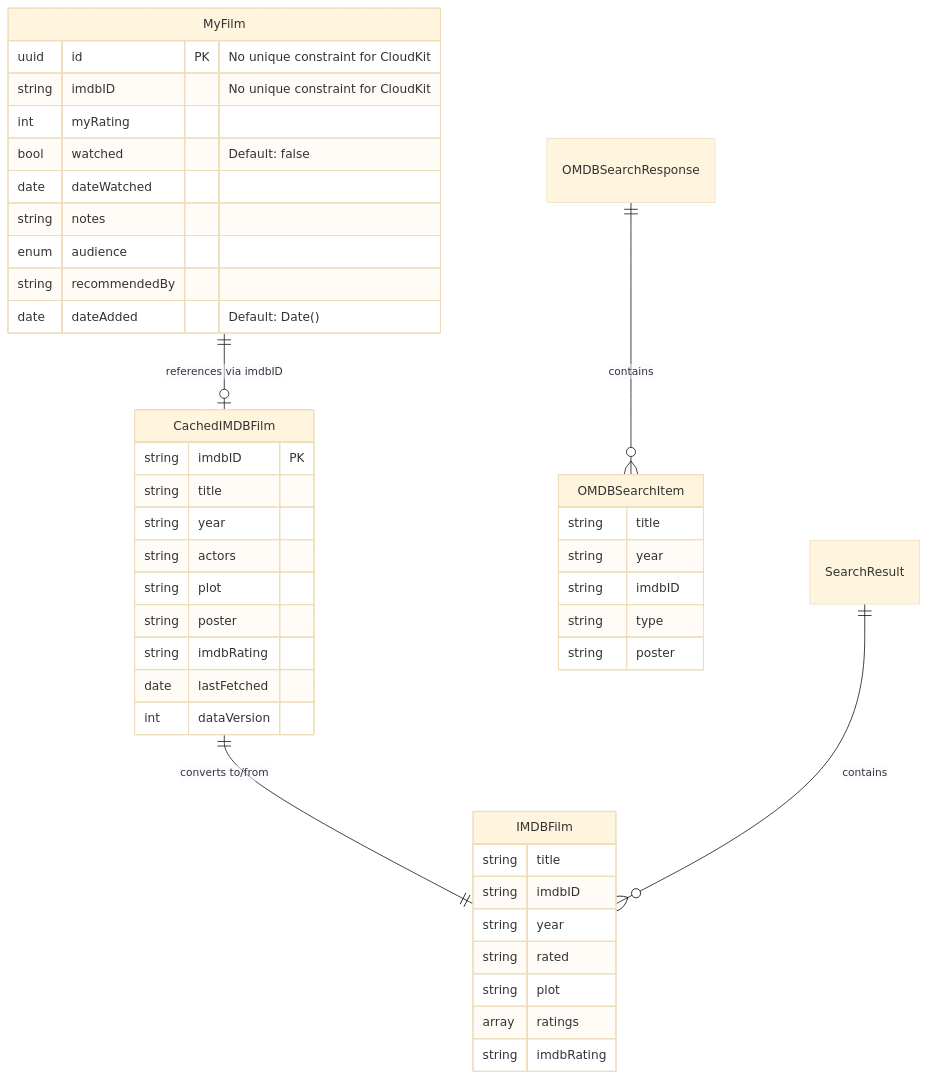
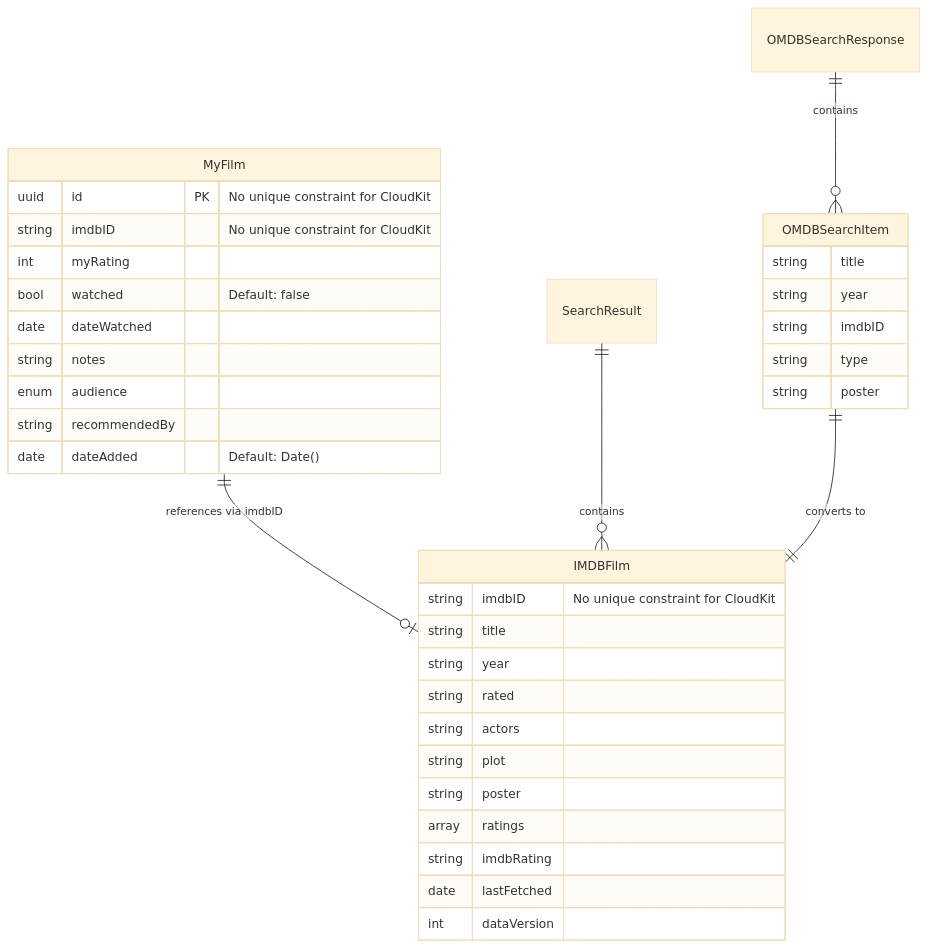
The fourth of 11 diagrams in docs/ARCHITECTURE.md (tillg/filmz2), drawn with Mermaid (base theme) before and after one commit. The commit also changed other lines of this file and 13 other files, not shown here.

First line of the commit message:
refactor: consolidate IMDBFilm and CachedIMDBFilm models

````diff
--- a/docs/ARCHITECTURE.md
+++ b/docs/ARCHITECTURE.md
@@ -166,49 +166,41 @@
 ```mermaid
 erDiagram
-    MyFilm ||--o| CachedIMDBFilm : "references via imdbID"
+    MyFilm ||--o| IMDBFilm : "references via imdbID"
     MyFilm {
         uuid id PK "No unique constraint for CloudKit"
         string imdbID "No unique constraint for CloudKit"
         int myRating
         bool watched "Default: false"
         date dateWatched
         string notes
         enum audience
         string recommendedBy
         date dateAdded "Default: Date()"
     }
 
-    CachedIMDBFilm {
-        string imdbID PK
+    IMDBFilm {
+        string imdbID "No unique constraint for CloudKit"
         string title
         string year
+        string rated
         string actors
         string plot
         string poster
+        array ratings
         string imdbRating
         date lastFetched
         int dataVersion
-    }
-
-    CachedIMDBFilm ||--|| IMDBFilm : "converts to/from"
-    IMDBFilm {
-        string title
-        string imdbID
-        string year
-        string rated
-        string plot
-        array ratings
-        string imdbRating
     }
 
     OMDBSearchItem {
         string title
         string year
         string imdbID
         string type
         string poster
     }
 
     SearchResult ||--o{ IMDBFilm : contains
     OMDBSearchResponse ||--o{ OMDBSearchItem : contains
+    OMDBSearchItem ||--|| IMDBFilm : "converts to"
 ```
````
